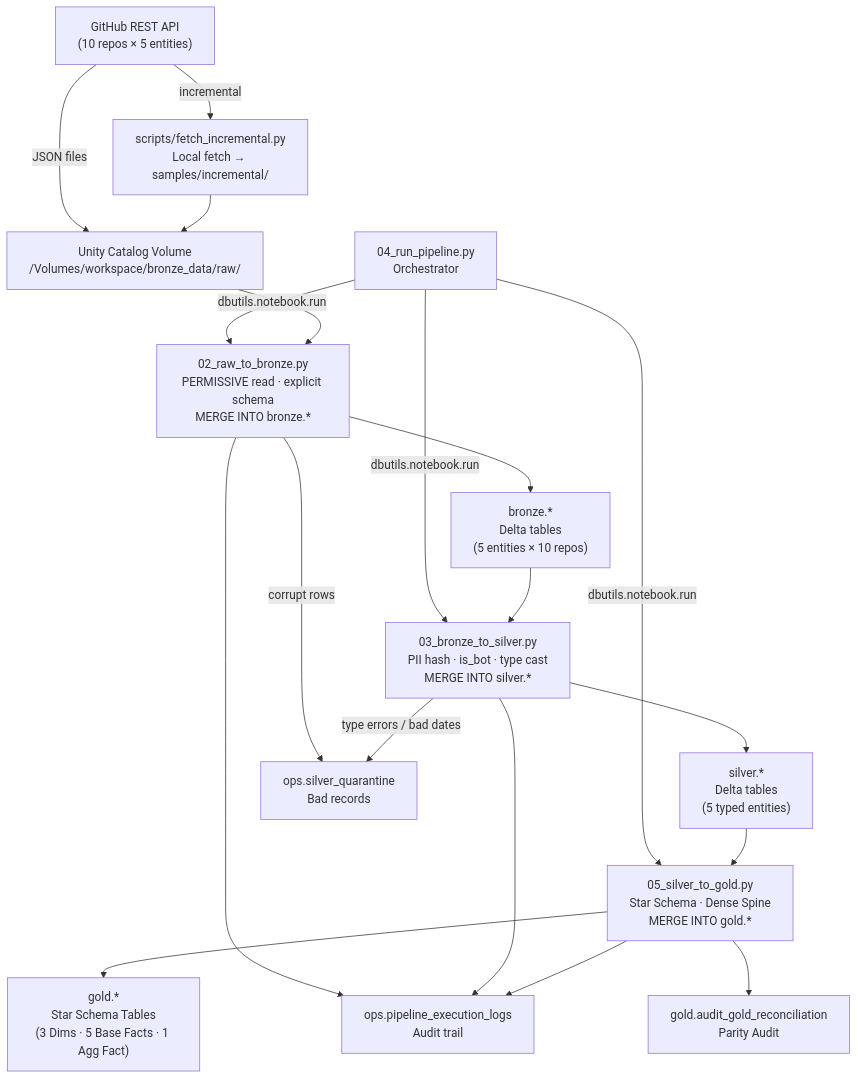
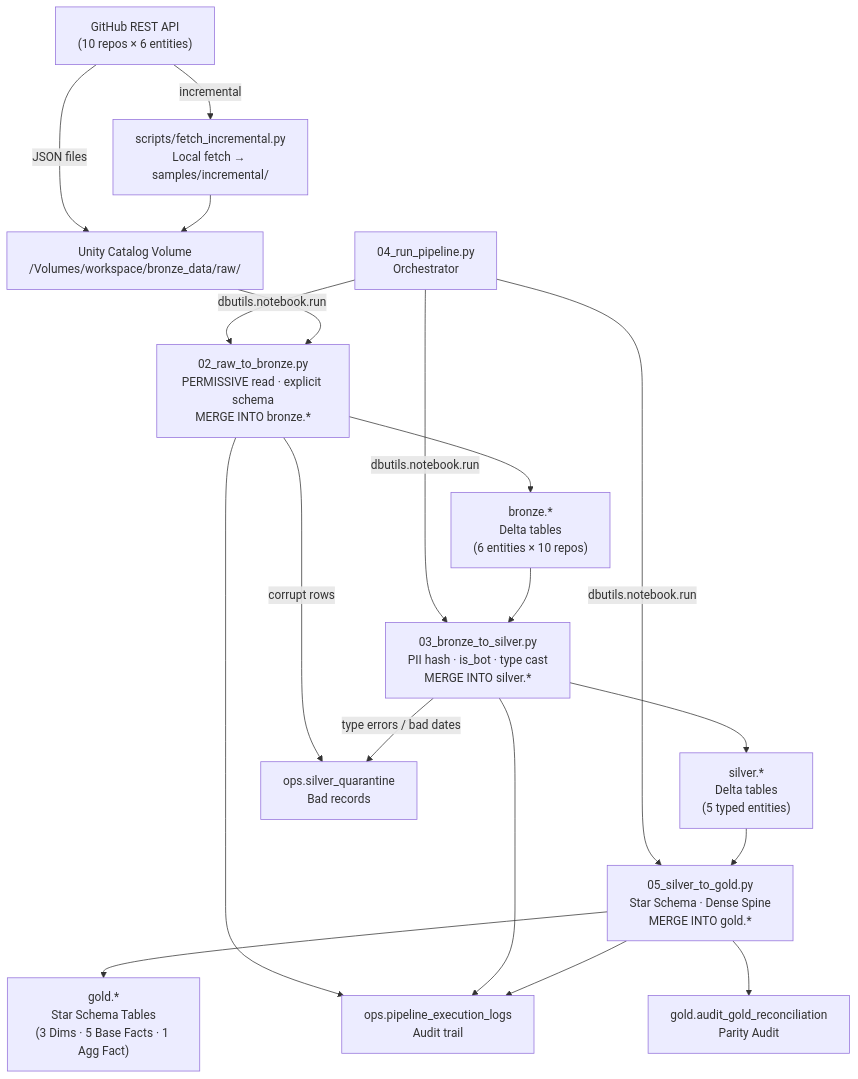
Before and after one commit to Safesearcher/dav-database-trends: the diagram in README.md, drawn with Mermaid. The commit also changed other lines of this file and 3 other files, not shown here.

````diff
--- a/README.md
+++ b/README.md
@@ -71,27 +71,27 @@
 ```mermaid
 flowchart TD
-    GH["GitHub REST API\n(10 repos × 5 entities)"]
+    GH["GitHub REST API\n(10 repos × 6 entities)"]
     FI["scripts/fetch_incremental.py\nLocal fetch → samples/incremental/"]
     VOL["Unity Catalog Volume\n/Volumes/workspace/bronze_data/raw/"]
     B02["02_raw_to_bronze.py\nPERMISSIVE read · explicit schema\nMERGE INTO bronze.*"]
     B03["03_bronze_to_silver.py\nPII hash · is_bot · type cast\nMERGE INTO silver.*"]
     B05["05_silver_to_gold.py\nStar Schema · Dense Spine\nMERGE INTO gold.*"]
-    BRONZE["bronze.*\nDelta tables\n(5 entities × 10 repos)"]
+    BRONZE["bronze.*\nDelta tables\n(6 entities × 10 repos)"]
     SILVER["silver.*\nDelta tables\n(5 typed entities)"]
     GOLD["gold.*\nStar Schema Tables\n(3 Dims · 5 Base Facts · 1 Agg Fact)"]
     QUAR["ops.silver_quarantine\nBad records"]
     LOGS["ops.pipeline_execution_logs\nAudit trail"]
     RECON["gold.audit_gold_reconciliation\nParity Audit"]
     B04["04_run_pipeline.py\nOrchestrator"]
 
     GH -->|"JSON files"| VOL
     GH -->|incremental| FI --> VOL
     B04 -->|dbutils.notebook.run| B02
     B04 -->|dbutils.notebook.run| B03
     B04 -->|dbutils.notebook.run| B05
     VOL --> B02 --> BRONZE --> B03 --> SILVER --> B05 --> GOLD
     B02 -->|corrupt rows| QUAR
     B03 -->|type errors / bad dates| QUAR
     B02 & B03 & B05 --> LOGS
     B05 --> RECON
 ```
````
